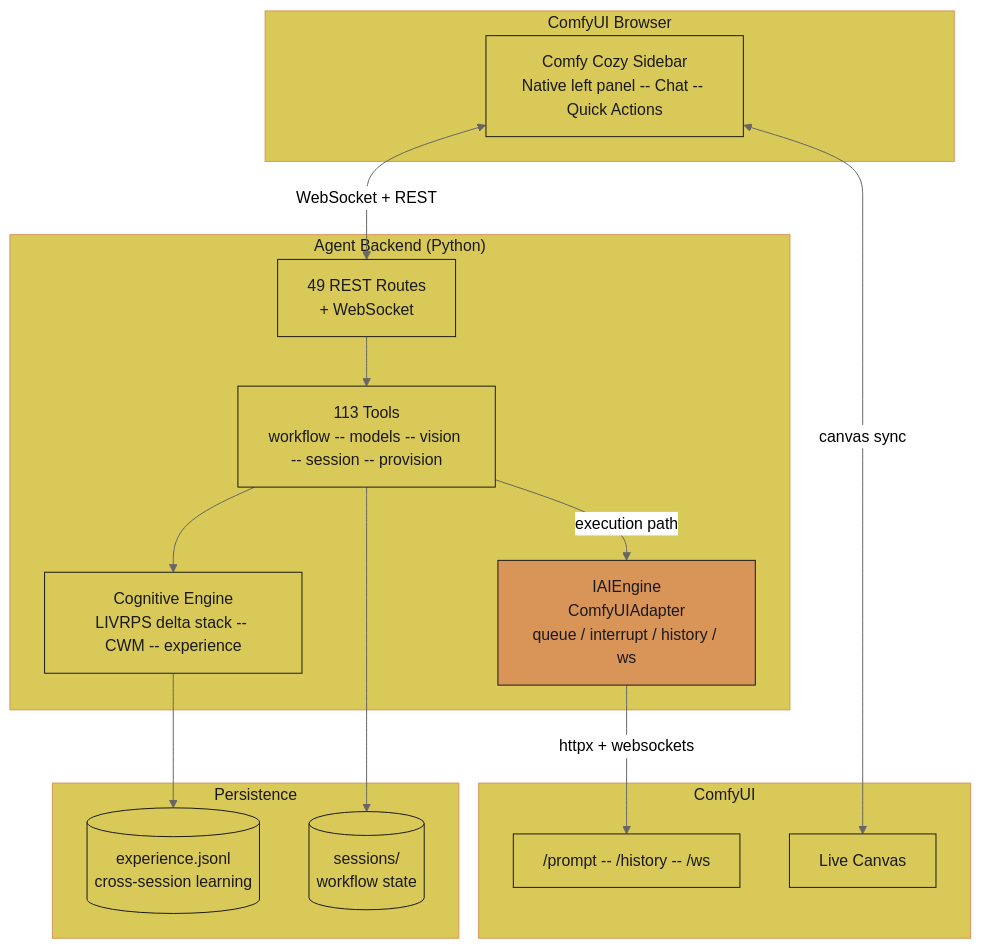
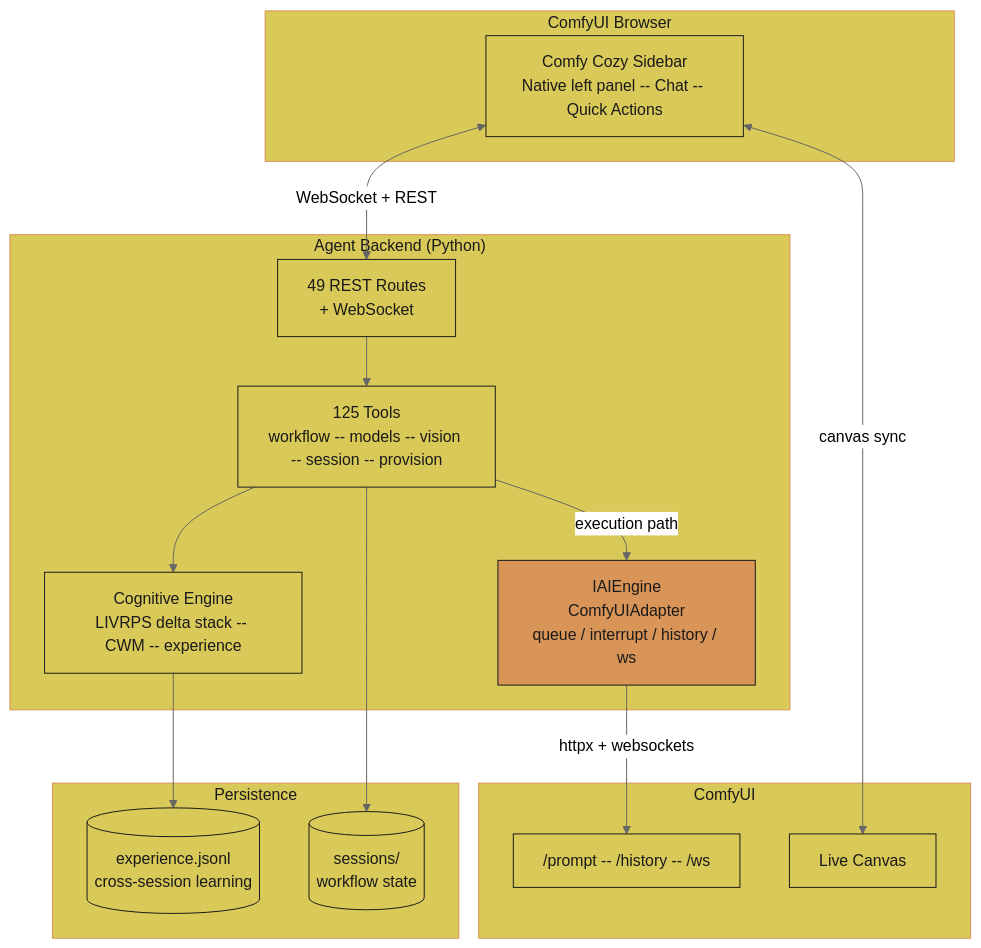
Before and after one commit to JosephOIbrahim/Comfy-Cozy: the sixth of 29 diagrams in README.md, drawn with Mermaid (neutral theme). The commit also changed other lines of this file, not shown here.

````diff
--- a/README.md
+++ b/README.md
@@ -474,39 +474,39 @@
 ```mermaid
 graph TB
     subgraph Browser ["ComfyUI Browser"]
         Sidebar["Comfy Cozy Sidebar<br/>Native left panel -- Chat -- Quick Actions"]
     end
     subgraph Backend ["Agent Backend (Python)"]
         Routes["49 REST Routes<br/>+ WebSocket"]
-        Tools["113 Tools<br/>workflow -- models -- vision -- session -- provision"]
+        Tools["125 Tools<br/>workflow -- models -- vision -- session -- provision"]
         Engine["IAIEngine<br/>ComfyUIAdapter<br/>queue / interrupt / history / ws"]
         Cog["Cognitive Engine<br/>LIVRPS delta stack -- CWM -- experience"]
     end
     subgraph ComfyUI ["ComfyUI"]
         API["/prompt -- /history -- /ws"]
         Canvas["Live Canvas"]
     end
     subgraph Disk ["Persistence"]
         EXP[("experience.jsonl<br/>cross-session learning")]
         Sessions[("sessions/<br/>workflow state")]
     end
 
     Sidebar <-->|"WebSocket + REST"| Routes
     Sidebar <-->|"canvas sync"| Canvas
     Routes --> Tools
     Tools --> Cog
     Tools -->|execution path| Engine
     Engine -->|httpx + websockets| API
     Cog --> EXP
     Tools --> Sessions
 
     style Browser fill:#d9c958,color:#1a1a1a,stroke:#d99458
     style Backend fill:#d9c958,color:#1a1a1a,stroke:#d99458
     style ComfyUI fill:#d9c958,color:#1a1a1a,stroke:#d99458
     style Disk fill:#d9c958,color:#1a1a1a,stroke:#d99458
 
     classDef orange fill:#d99458,color:#1a1a1a,stroke:#1a1a1a
     classDef yellow fill:#d9c958,color:#1a1a1a,stroke:#1a1a1a
     class Engine orange
     class Sidebar,Routes,Tools,Cog,API,Canvas,EXP,Sessions yellow
 ```
````
